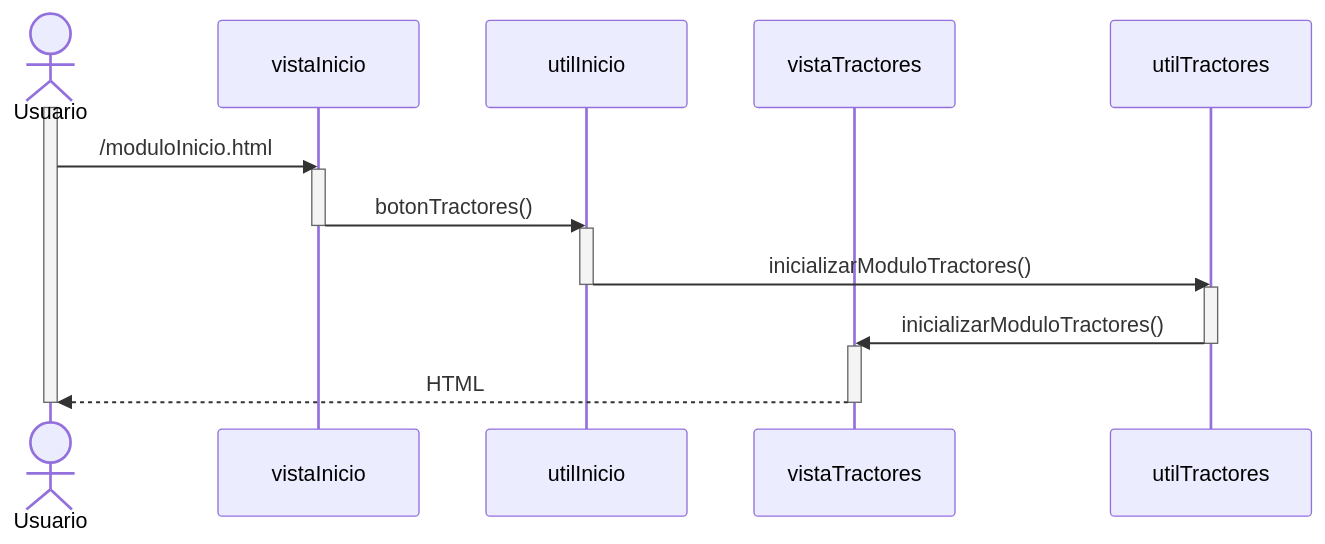
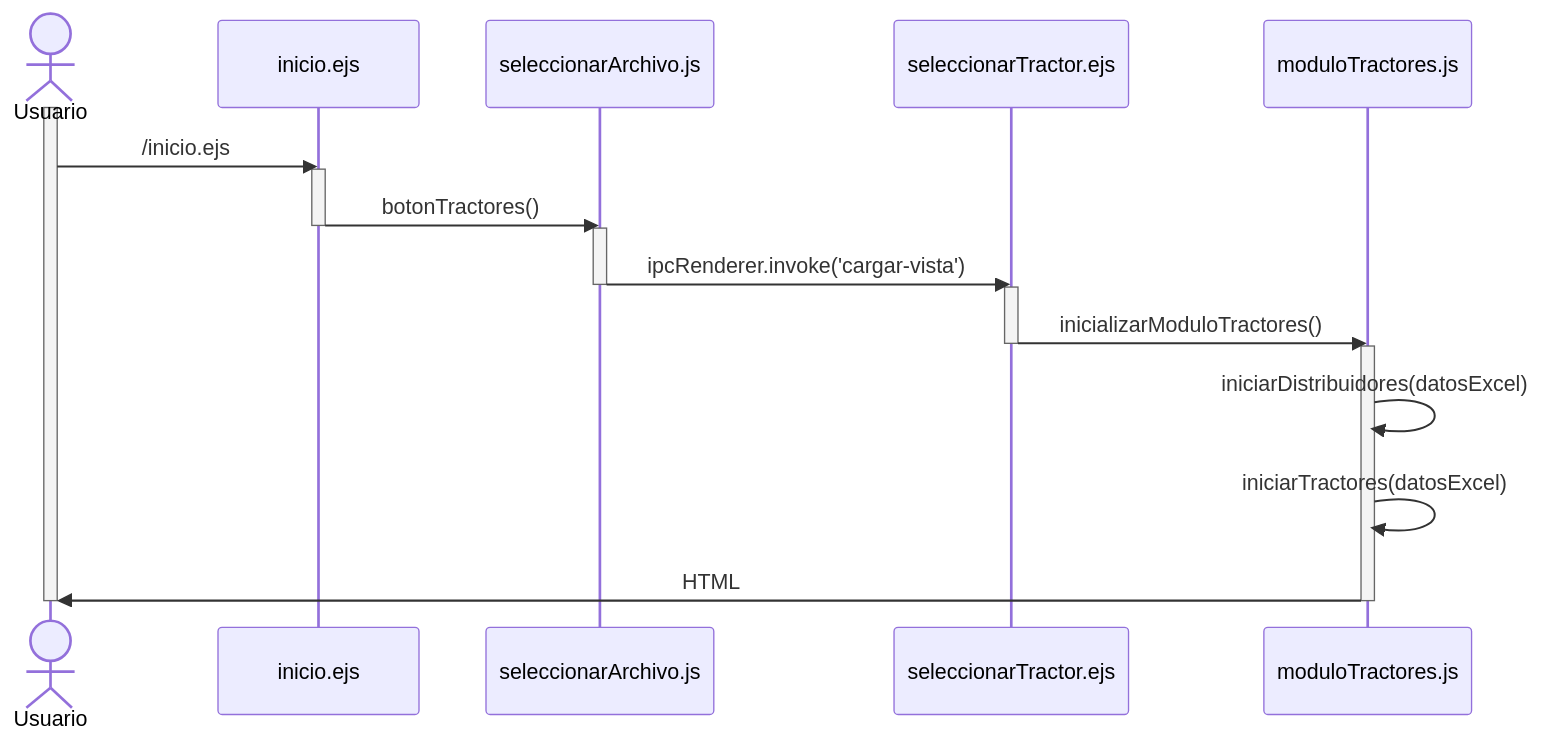
The diagram in documentation/docs/proyectos/tractores/documentacion/requisitos/RF13.md (CodeAnd-Co/Documentacion), drawn with Mermaid before and after one commit.

Commit message:
Corregir diagrama de secuencia RF13

````diff
--- a/documentation/docs/proyectos/tractores/documentacion/requisitos/RF13.md
+++ b/documentation/docs/proyectos/tractores/documentacion/requisitos/RF13.md
@@ -28,25 +28,27 @@
 ```mermaid
 sequenceDiagram
     actor Usuario
-    participant vistaInicio
-    participant utilInicio
-    participant vistaTractores
-    participant utilTractores
+    participant vistaInicio as inicio.ejs
+    participant seleccionarArchivo as seleccionarArchivo.js
+    participant vistaTractores as seleccionarTractor.ejs
+    participant moduloTractores as moduloTractores.js
 
     activate Usuario
-    Usuario->>vistaInicio: /moduloInicio.html
+    Usuario->>vistaInicio: /inicio.ejs
     activate vistaInicio
-    vistaInicio->>utilInicio: botonTractores()
+    vistaInicio->>seleccionarArchivo: botonTractores()
     deactivate vistaInicio
-    activate utilInicio
-    utilInicio->>utilTractores: inicializarModuloTractores()
-    deactivate utilInicio
-    activate utilTractores
-    utilTractores->>vistaTractores: inicializarModuloTractores()
-    deactivate utilTractores
+    activate seleccionarArchivo
+    seleccionarArchivo->>vistaTractores: ipcRenderer.invoke('cargar-vista');
+    deactivate seleccionarArchivo
     activate vistaTractores
-    vistaTractores-->>Usuario: HTML
+    vistaTractores->>moduloTractores: inicializarModuloTractores()
     deactivate vistaTractores
+    activate moduloTractores
+    moduloTractores->>moduloTractores: iniciarDistribuidores(datosExcel)
+    moduloTractores->>moduloTractores: iniciarTractores(datosExcel)
+    moduloTractores->> Usuario: HTML
+    deactivate moduloTractores
     deactivate Usuario
 
 ```
````
